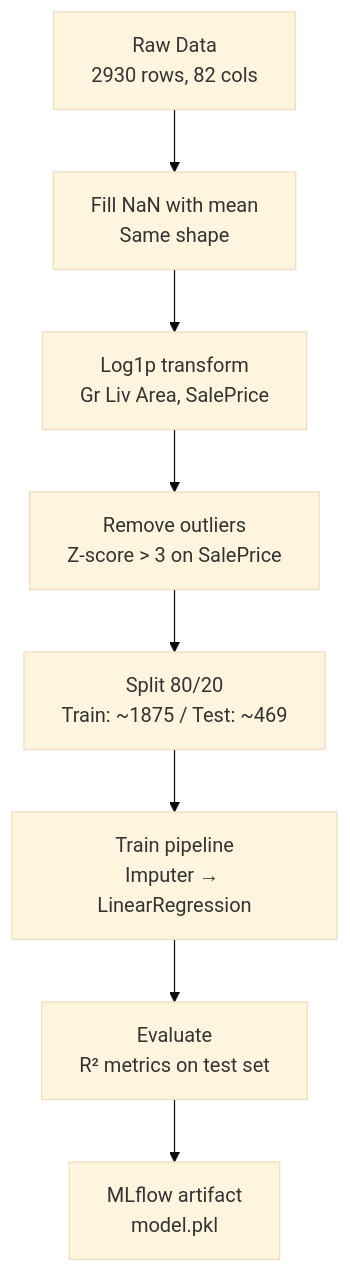
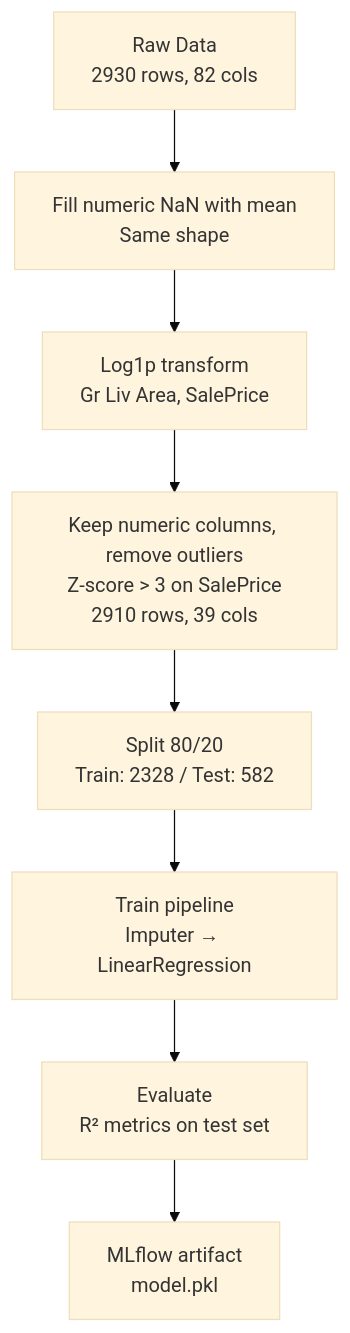
One commit to ShibilAhamed701212/Price-Predictor-System changed the third of 3 diagrams in README.md. Above: the diagram before and after it, drawn with Mermaid (base theme). The commit also changed other lines of this file and 32 other files, not shown here.

````diff
--- a/README.md
+++ b/README.md
@@ -133,10 +136,10 @@
 ```mermaid
 flowchart TD
-    RAW["Raw Data<br/>2930 rows, 82 cols"] --> FILL["Fill NaN with mean<br/>Same shape"]
+    RAW["Raw Data<br/>2930 rows, 82 cols"] --> FILL["Fill numeric NaN with mean<br/>Same shape"]
     FILL --> LOG["Log1p transform<br/>Gr Liv Area, SalePrice"]
-    LOG --> ZSCORE["Remove outliers<br/>Z-score > 3 on SalePrice"]
-    ZSCORE --> SPLIT["Split 80/20<br/>Train: ~1875 / Test: ~469"]
+    LOG --> ZSCORE["Keep numeric columns, remove outliers<br/>Z-score > 3 on SalePrice<br/>2910 rows, 39 cols"]
+    ZSCORE --> SPLIT["Split 80/20<br/>Train: 2328 / Test: 582"]
     SPLIT --> TRAIN["Train pipeline<br/>Imputer → LinearRegression"]
     TRAIN --> EVAL["Evaluate<br/>R² metrics on test set"]
     EVAL --> DEPLOY["MLflow artifact<br/>model.pkl"]
 ```
````
